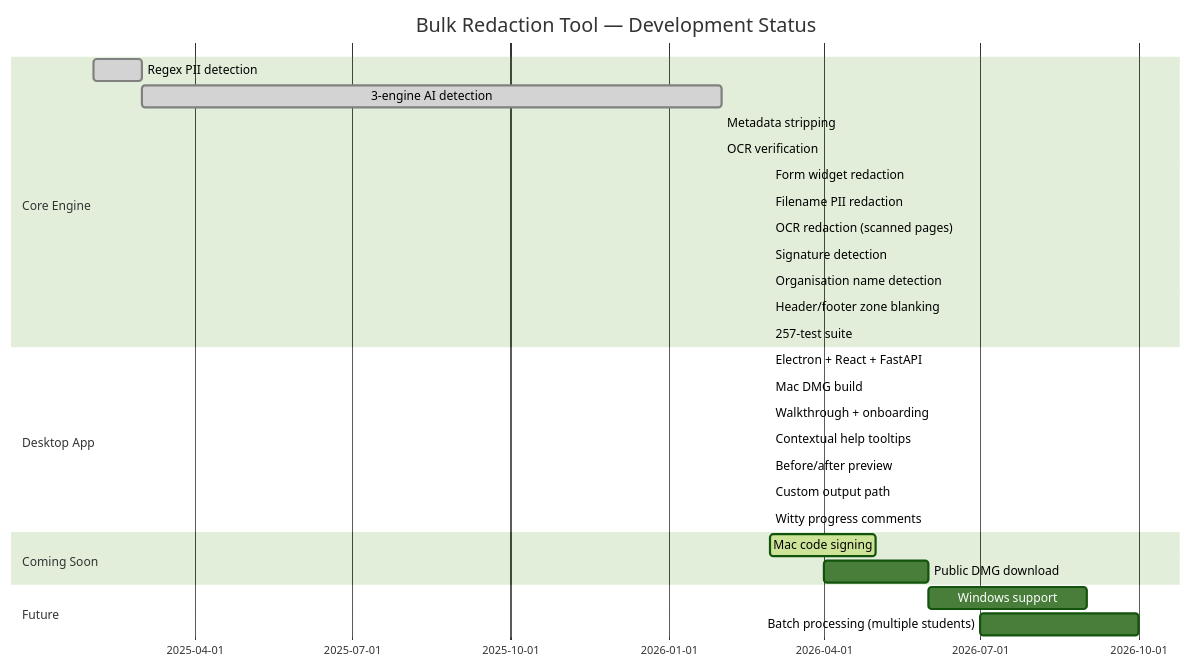
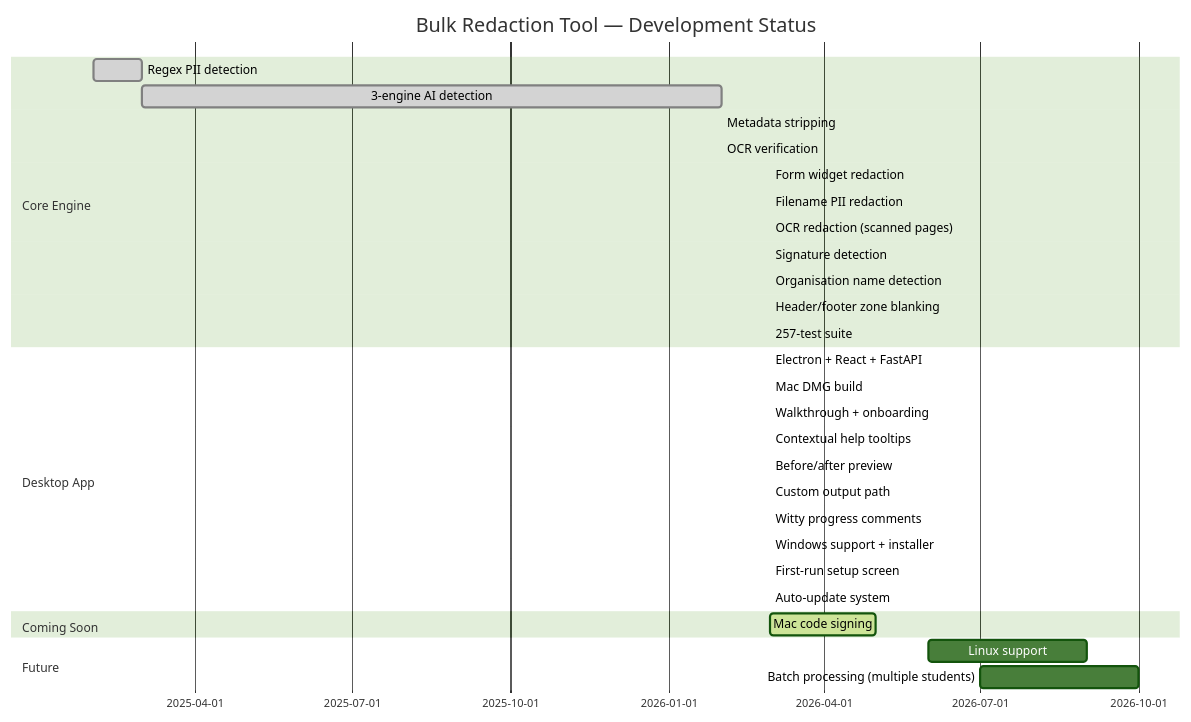
The third of 3 diagrams in README.md (mrdavearms/student-doc-redactor), drawn with Mermaid (forest theme) before and after one commit. The commit also changed other lines of this file, not shown here.

First line of the commit message:
docs: update README for cross-platform Mac + Windows support

````diff
--- a/README.md
+++ b/README.md
@@ -554,31 +585,33 @@
 ```mermaid
 gantt
     title Bulk Redaction Tool — Development Status
     dateFormat  YYYY-MM
     section Core Engine
     Regex PII detection           :done, 2025-02, 2025-03
     3-engine AI detection         :done, 2025-03, 2026-02
     Metadata stripping            :done, 2026-02, 2026-02
     OCR verification              :done, 2026-02, 2026-02
     Form widget redaction         :done, 2026-03, 2026-03
     Filename PII redaction        :done, 2026-03, 2026-03
     OCR redaction (scanned pages) :done, 2026-03, 2026-03
     Signature detection           :done, 2026-03, 2026-03
     Organisation name detection   :done, 2026-03, 2026-03
     Header/footer zone blanking   :done, 2026-03, 2026-03
     257-test suite                :done, 2026-03, 2026-03
     section Desktop App
     Electron + React + FastAPI    :done, 2026-03, 2026-03
     Mac DMG build                 :done, 2026-03, 2026-03
     Walkthrough + onboarding      :done, 2026-03, 2026-03
     Contextual help tooltips      :done, 2026-03, 2026-03
     Before/after preview          :done, 2026-03, 2026-03
     Custom output path            :done, 2026-03, 2026-03
     Witty progress comments       :done, 2026-03, 2026-03
+    Windows support + installer   :done, 2026-03, 2026-03
+    First-run setup screen        :done, 2026-03, 2026-03
+    Auto-update system            :done, 2026-03, 2026-03
     section Coming Soon
     Mac code signing              :active, 2026-03, 2026-05
-    Public DMG download           :2026-04, 2026-06
     section Future
-    Windows support               :2026-06, 2026-09
+    Linux support                 :2026-06, 2026-09
     Batch processing (multiple students) :2026-07, 2026-10
 ```
````
